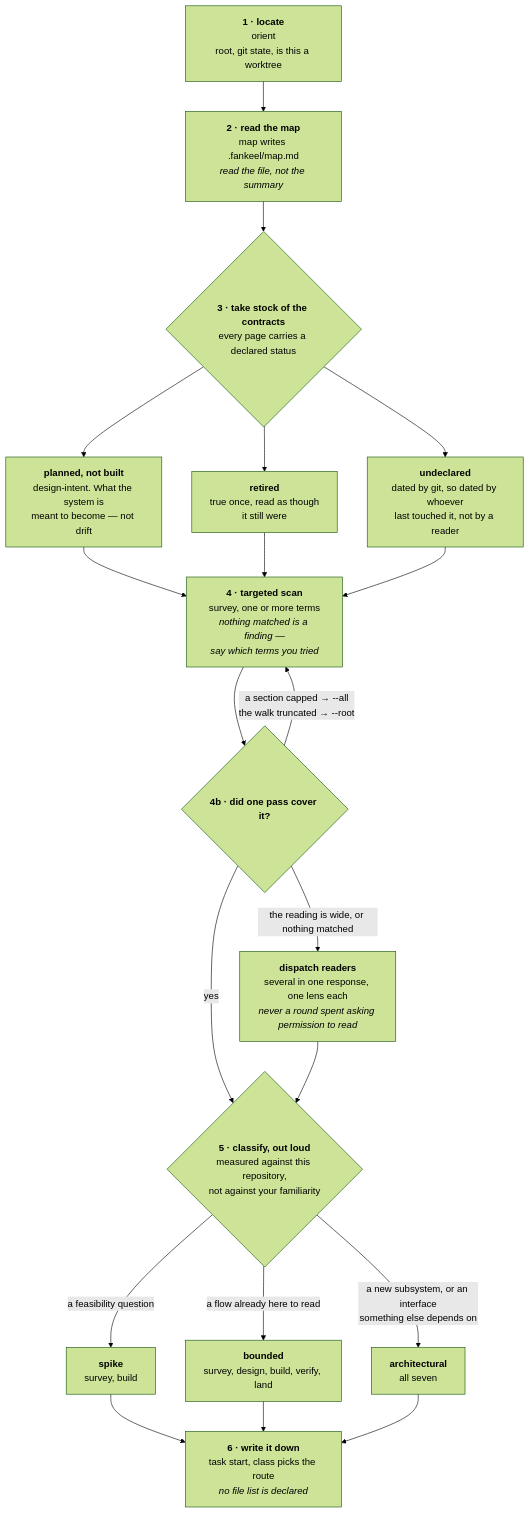
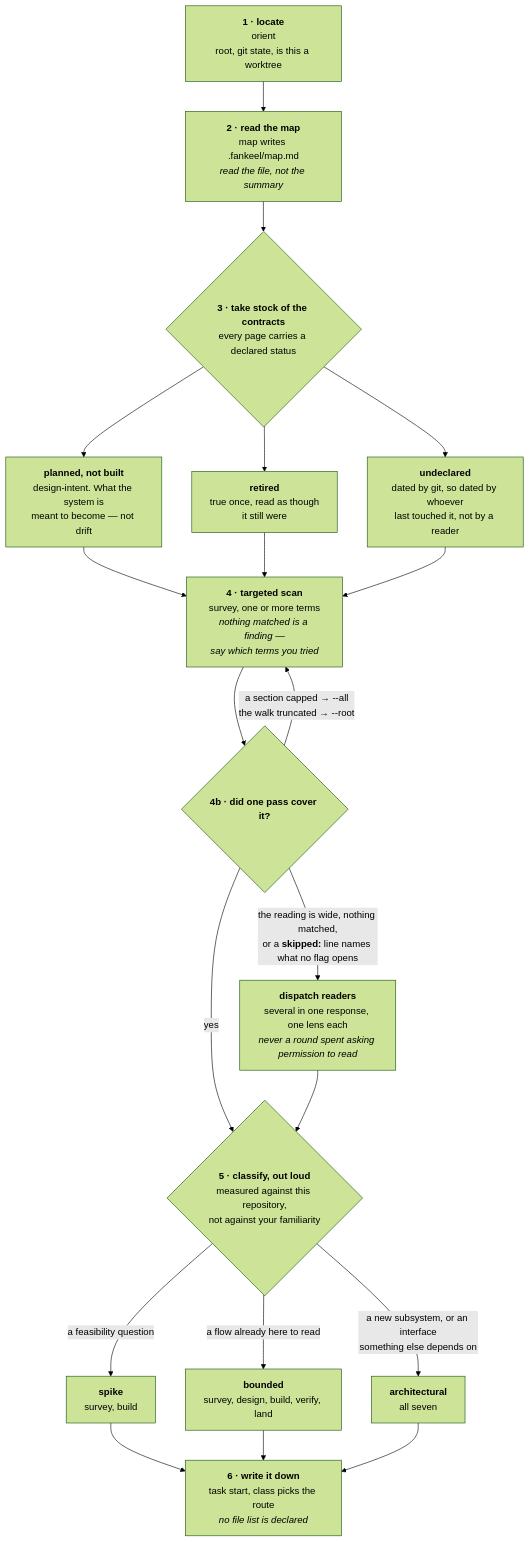
Before and after one commit to FanFantom9452/FanKeel: the first of 8 diagrams in docs/pipeline.md, drawn with Mermaid (forest theme). The commit also changed 12 other files, not shown here.

````diff
--- a/docs/pipeline.md
+++ b/docs/pipeline.md
@@ -296,36 +296,36 @@
 ```mermaid
 flowchart TD
     A["<b>1 · locate</b><br/>orient<br/>root, git state, is this a worktree"]
     B["<b>2 · read the map</b><br/>map writes .fankeel/map.md<br/><i>read the file, not the summary</i>"]
     C{"<b>3 · take stock of the contracts</b><br/>every page carries a declared status"}
     C1["<b>planned, not built</b><br/>design-intent. What the system is<br/>meant to become — not drift"]
     C2["<b>retired</b><br/>true once, read as though<br/>it still were"]
     C3["<b>undeclared</b><br/>dated by git, so dated by whoever<br/>last touched it, not by a reader"]
     D["<b>4 · targeted scan</b><br/>survey, one or more terms<br/><i>nothing matched is a finding —<br/>say which terms you tried</i>"]
     D2{"<b>4b · did one pass cover it?</b>"}
     D3["<b>dispatch readers</b><br/>several in one response, one lens each<br/><i>never a round spent asking permission to read</i>"]
     E{"<b>5 · classify, out loud</b><br/>measured against this repository,<br/>not against your familiarity"}
     E1["<b>spike</b><br/>survey, build"]
     E2["<b>bounded</b><br/>survey, design, build, verify, land"]
     E3["<b>architectural</b><br/>all seven"]
     F["<b>6 · write it down</b><br/>task start, class picks the route<br/><i>no file list is declared</i>"]
 
     A --> B --> C
     C --> C1
     C --> C2
     C --> C3
     C1 --> D
     C2 --> D
     C3 --> D
     D --> D2
     D2 -- "a section capped → --all<br/>the walk truncated → --root" --> D
-    D2 -- "the reading is wide, or nothing matched" --> D3
+    D2 -- "the reading is wide, nothing matched,<br/>or a <b>skipped:</b> line names what no flag opens" --> D3
     D2 -- yes --> E
     D3 --> E
     E -- "a feasibility question" --> E1
     E -- "a flow already here to read" --> E2
     E -- "a new subsystem, or an interface<br/>something else depends on" --> E3
     E1 --> F
     E2 --> F
     E3 --> F
 ```
````
